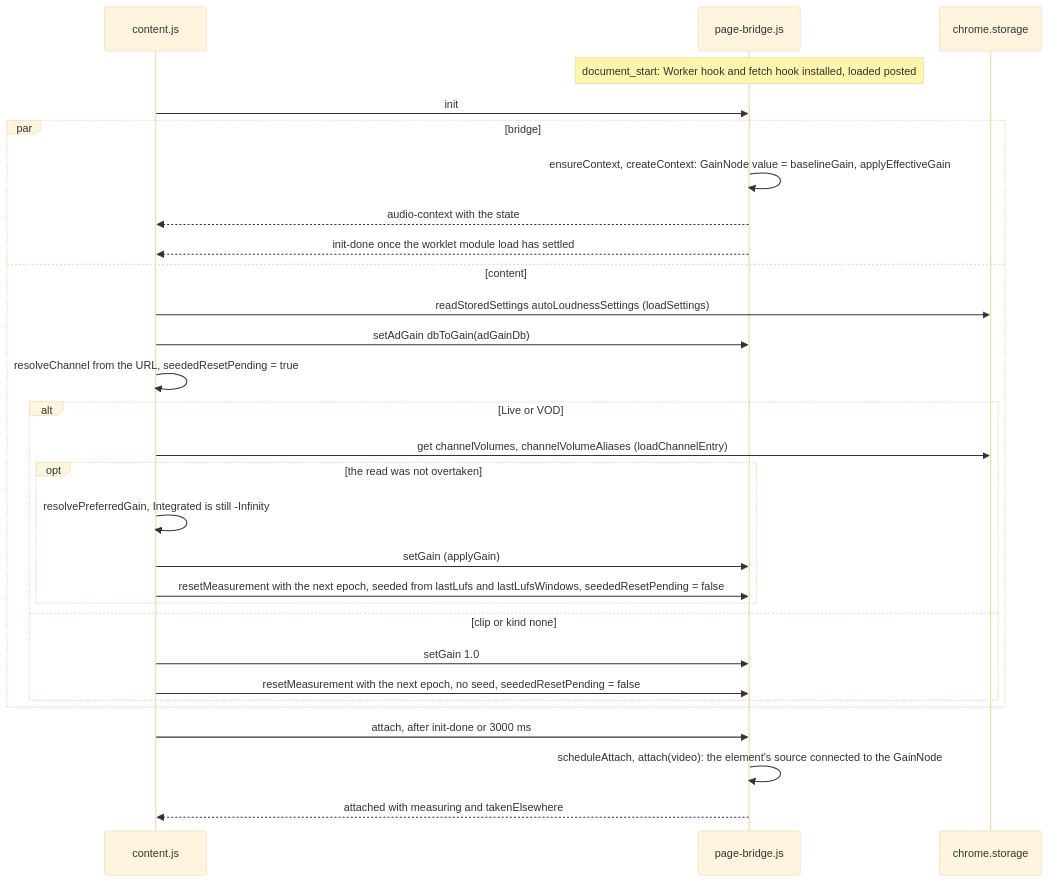
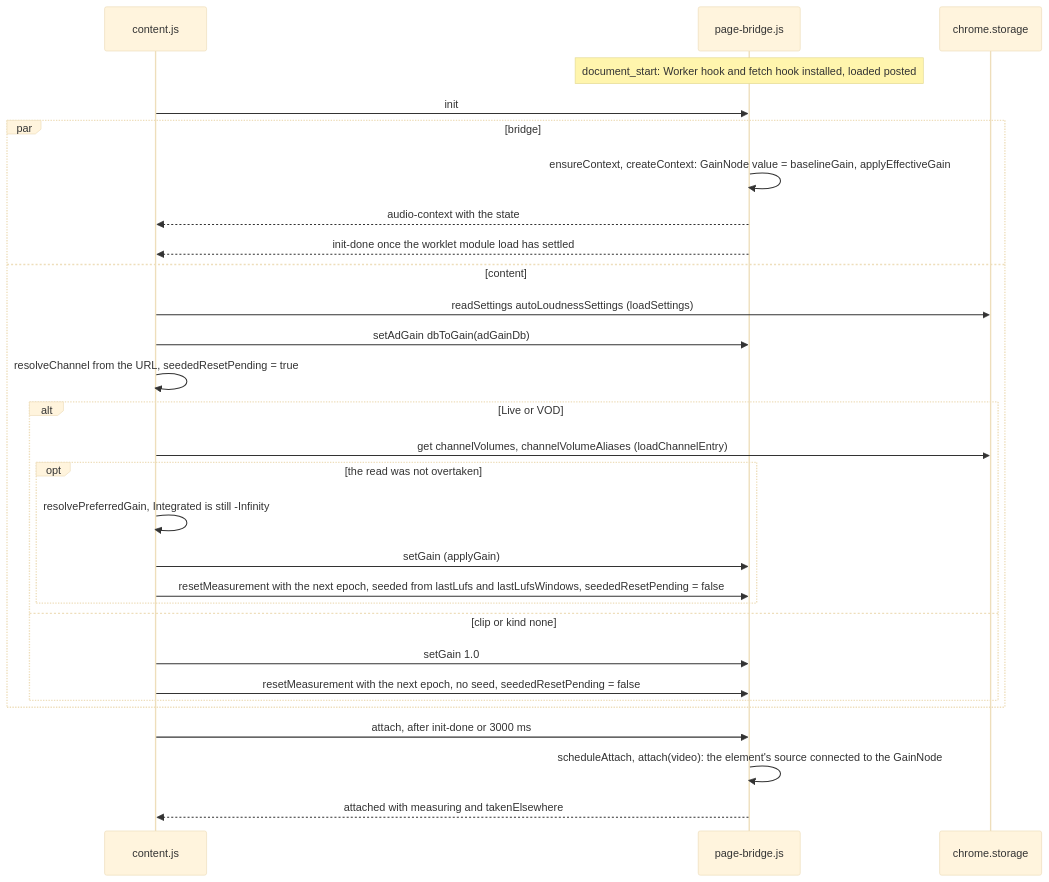
One commit to semnil/twitch-channel-volume changed the fourth of 17 diagrams in docs/gain-change-and-save.md. Above: the diagram before and after it, drawn with Mermaid (base theme). The commit also changed other lines of this file and 15 other files, not shown here.

First line of the commit message:
refactor: take the settings read from core/common.js, and drop settings-area.js

````diff
--- a/docs/gain-change-and-save.md
+++ b/docs/gain-change-and-save.md
@@ -186,31 +186,31 @@
 ```mermaid
 sequenceDiagram
   participant content as content.js
   participant bridge as page-bridge.js
   participant storage as chrome.storage
   Note over bridge: document_start: Worker hook and fetch hook installed, loaded posted
   content->>bridge: init
   par bridge
     bridge->>bridge: ensureContext, createContext: GainNode value = baselineGain, applyEffectiveGain
     bridge-->>content: audio-context with the state
     bridge-->>content: init-done once the worklet module load has settled
   and content
-    content->>storage: readStoredSettings autoLoudnessSettings (loadSettings)
+    content->>storage: readSettings autoLoudnessSettings (loadSettings)
     content->>bridge: setAdGain dbToGain(adGainDb)
     content->>content: resolveChannel from the URL, seededResetPending = true
     alt Live or VOD
       content->>storage: get channelVolumes, channelVolumeAliases (loadChannelEntry)
       opt the read was not overtaken
         content->>content: resolvePreferredGain, Integrated is still -Infinity
         content->>bridge: setGain (applyGain)
         content->>bridge: resetMeasurement with the next epoch, seeded from lastLufs and lastLufsWindows, seededResetPending = false
       end
     else clip or kind none
       content->>bridge: setGain 1.0
       content->>bridge: resetMeasurement with the next epoch, no seed, seededResetPending = false
     end
   end
   content->>bridge: attach, after init-done or 3000 ms
   bridge->>bridge: scheduleAttach, attach(video): the element's source connected to the GainNode
   bridge-->>content: attached with measuring and takenElsewhere
 ```
````
